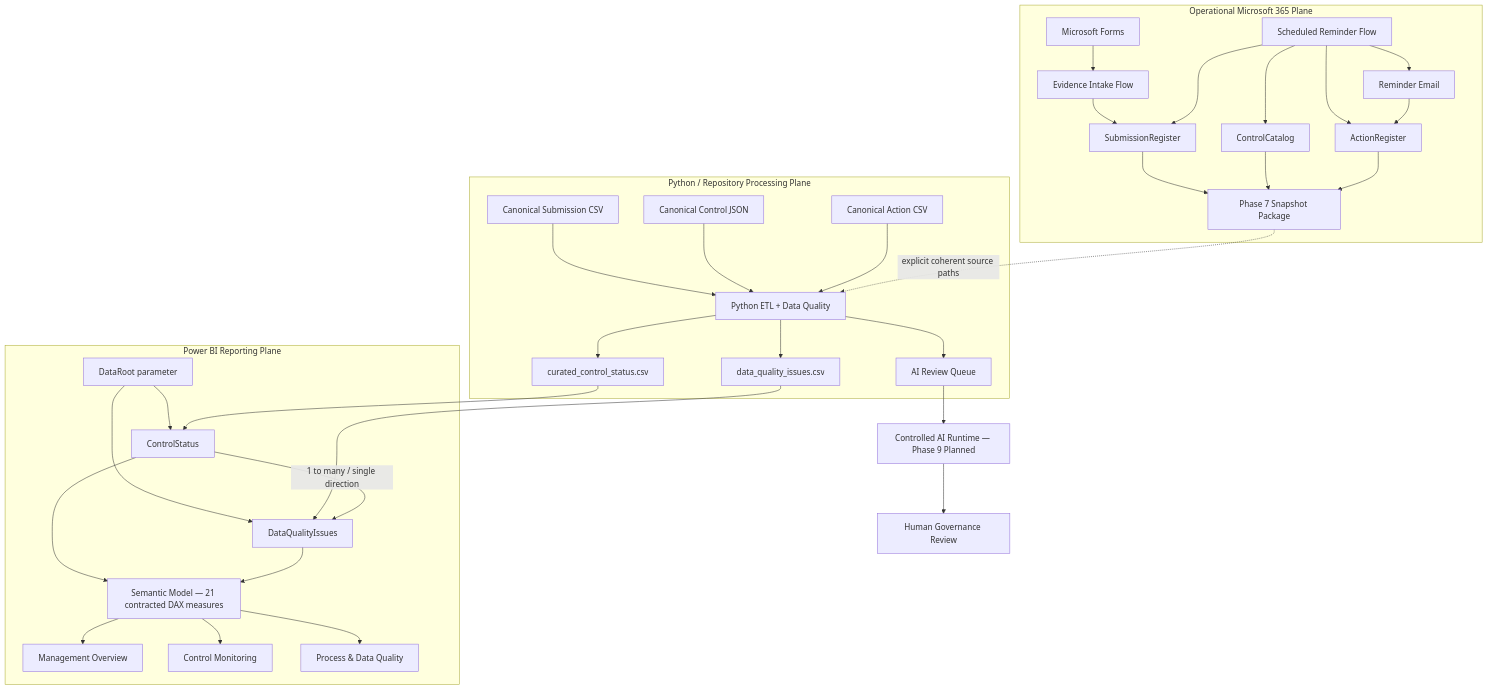
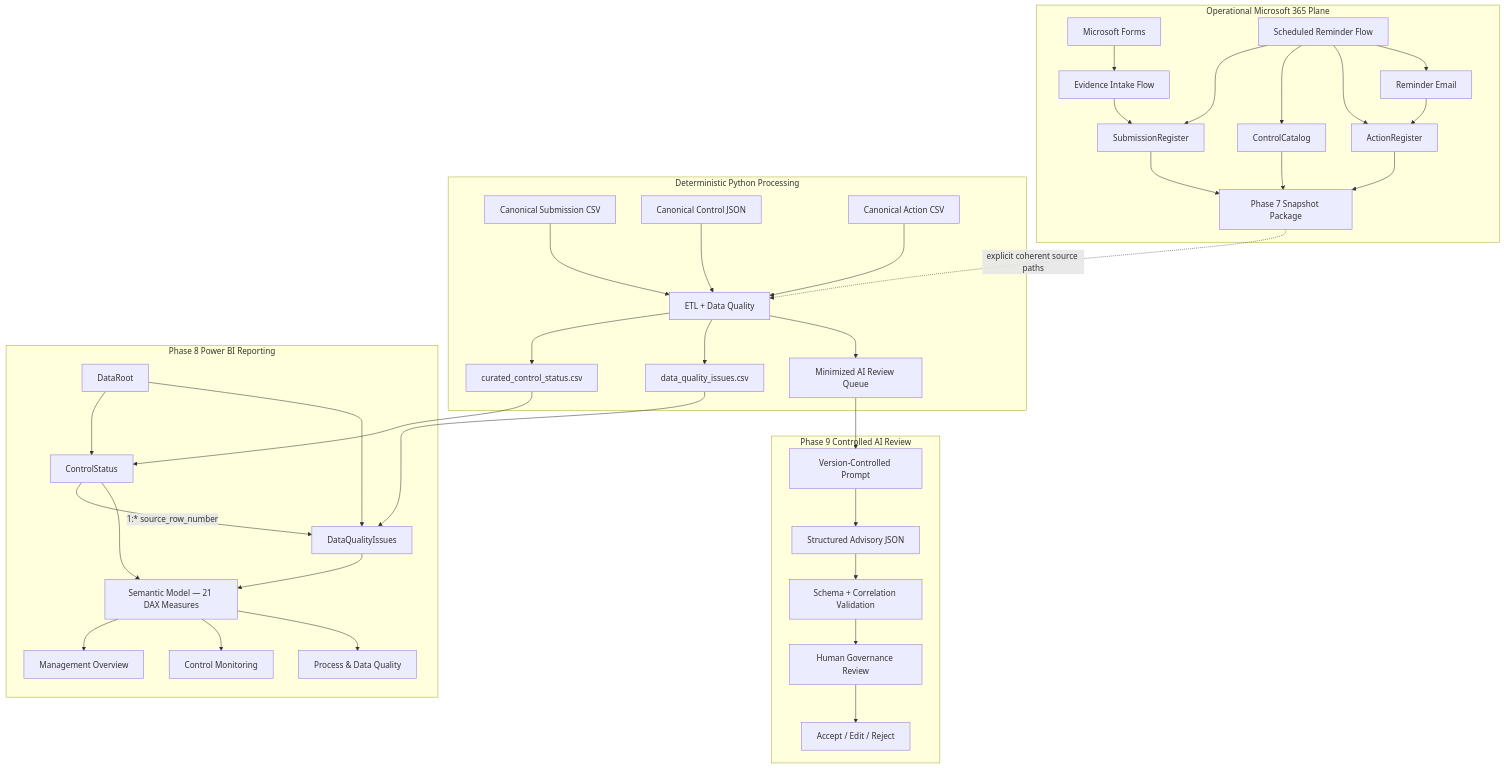
The diagram in docs/architecture.md (gw-ai-security/cyber-governance-automation-lab), drawn with Mermaid before and after one commit. The commit also changed other lines of this file, not shown here.

Commit message:
docs: synchronize architecture with completed Phase 9

````diff
--- a/docs/architecture.md
+++ b/docs/architecture.md
@@ -166,43 +38,46 @@
 ```mermaid
 flowchart TD
     subgraph OP[Operational Microsoft 365 Plane]
         A[Microsoft Forms] --> B[Evidence Intake Flow]
         B --> C[SubmissionRegister]
-
         D[Scheduled Reminder Flow] --> C
         D --> E[ControlCatalog]
         D --> F[ActionRegister]
         D --> G[Reminder Email]
         G --> F
-
         C --> S[Phase 7 Snapshot Package]
         E --> S
         F --> S
     end
 
-    subgraph PY[Python / Repository Processing Plane]
-        H[Canonical Submission CSV] --> K[Python ETL + Data Quality]
+    subgraph PY[Deterministic Python Processing]
+        H[Canonical Submission CSV] --> K[ETL + Data Quality]
         I[Canonical Control JSON] --> K
         J[Canonical Action CSV] --> K
         S -. explicit coherent source paths .-> K
         K --> L[curated_control_status.csv]
         K --> M[data_quality_issues.csv]
-        K --> N[AI Review Queue]
+        K --> N[Minimized AI Review Queue]
     end
 
-    subgraph BI[Power BI Reporting Plane]
-        DR[DataRoot parameter] --> CS[ControlStatus]
+    subgraph BI[Phase 8 Power BI Reporting]
+        DR[DataRoot] --> CS[ControlStatus]
         DR --> DQ[DataQualityIssues]
         L --> CS
         M --> DQ
-        CS -->|1 to many / single direction| DQ
-        CS --> SM[Semantic Model — 21 contracted DAX measures]
+        CS -->|1:* source_row_number| DQ
+        CS --> SM[Semantic Model — 21 DAX Measures]
         DQ --> SM
         SM --> MO[Management Overview]
         SM --> CM[Control Monitoring]
         SM --> PDQ[Process & Data Quality]
     end
 
-    N --> Q[Controlled AI Runtime — Phase 9 Planned]
-    Q --> R[Human Governance Review]
+    subgraph AI[Phase 9 Controlled AI Review]
+        N --> P[Version-Controlled Prompt]
+        P --> O[Structured Advisory JSON]
+        O --> V[Schema + Correlation Validation]
+        V --> HR[Human Governance Review]
+        HR --> DEC[Accept / Edit / Reject]
+    end
 ```
````
